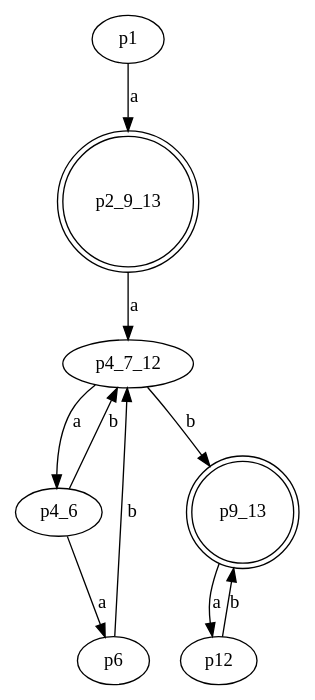
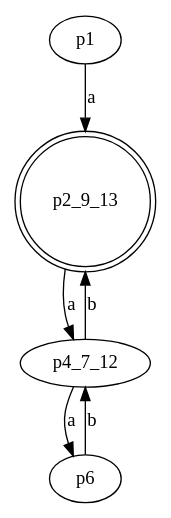
The diagram in Task3/3_2(min).gv (NRU-MPEI-IMAI/git-Edmelissa), drawn with Graphviz before and after one commit.

```diff
--- a/Task3/3_2(min).gv
+++ b/Task3/3_2(min).gv
@@ -1,26 +1,16 @@
 digraph G 
 {
     n1 [label = p1]
     n2_9_13 [label = p2_9_13, shape = doublecircle]
+    n6 [label = p6]
     n4_7_12 [label = p4_7_12]
-    n4_6 [label = p4_6]
-    n9_13 [label = p9_13, shape = doublecircle]
-    n6 [label = p6]
-    n12 [label = p12]
 
     n1 -> n2_9_13 [label = "a"]
     
     n2_9_13 -> n4_7_12 [label = "a"]
     
-    n4_7_12 -> n4_6 [label = "a"]
-    n4_7_12 -> n9_13 [label = "b"]
-    
-    n4_6 -> n6 [label = "a"]
-    n4_6 -> n4_7_12 [label = "b"]
-    
-    n9_13 -> n12 [label = "a"]
+    n4_7_12 -> n6 [label = "a"]
+    n4_7_12 -> n2_9_13 [label = "b"]
     
     n6 -> n4_7_12 [label = "b"]
-    
-    n12 -> n9_13 [label = "b"]
 }
```
